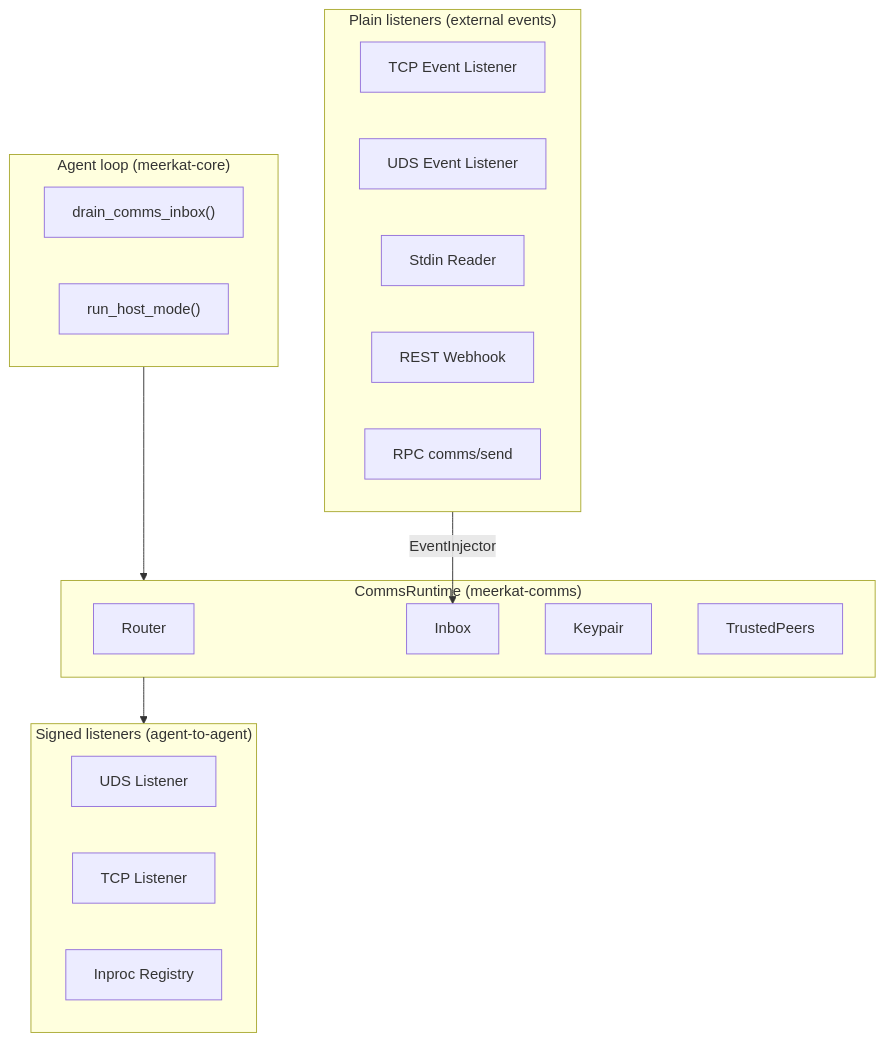
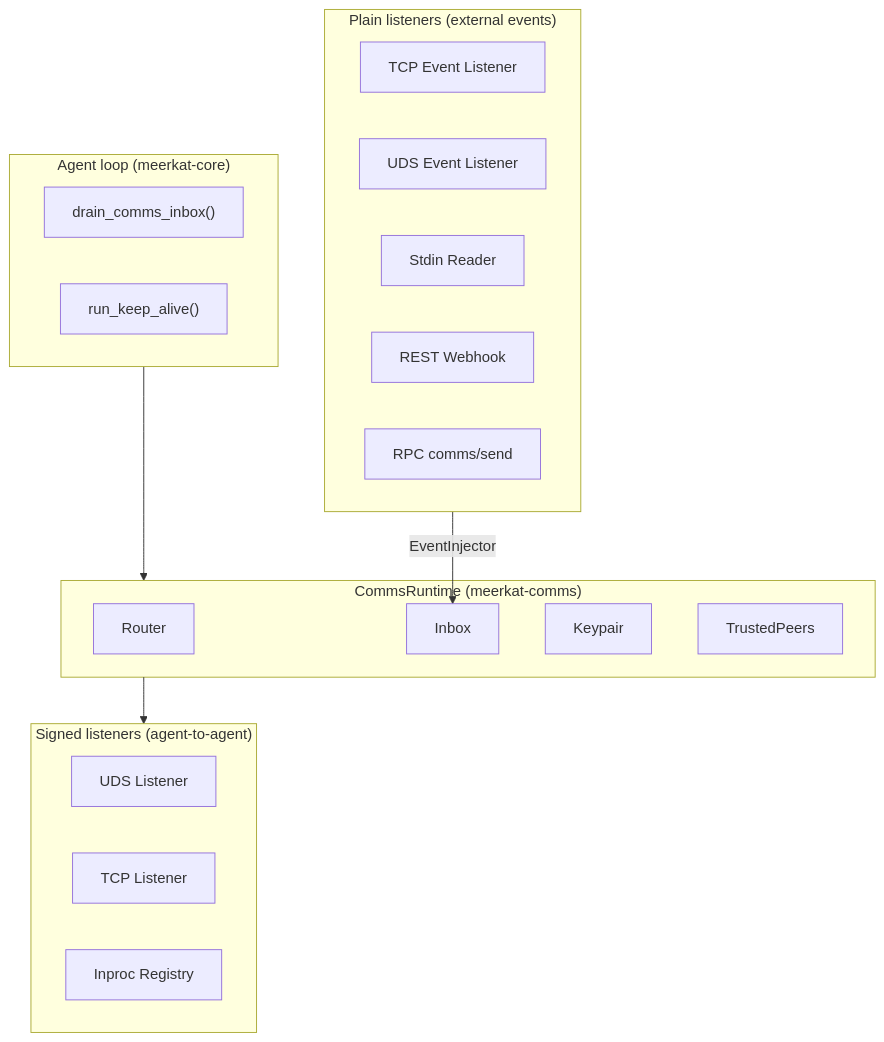
One commit to lukacf/meerkat changed the diagram in docs/guides/comms.mdx. Above: the diagram before and after it, drawn with Mermaid. The commit also changed other lines of this file and 41 other files, not shown here.

First line of the commit message:
Complete host_mode → keep_alive rename across SDKs, docs, examples, codegen

````diff
--- a/docs/guides/comms.mdx
+++ b/docs/guides/comms.mdx
@@ -28,33 +28,33 @@
 ```mermaid
 graph TD
     subgraph agent["Agent loop (meerkat-core)"]
         DRAIN["drain_comms_inbox()"]
-        HOST["run_host_mode()"]
+        HOST["run_keep_alive()"]
     end
 
     subgraph runtime["CommsRuntime (meerkat-comms)"]
         ROUTER["Router"]
         INBOX["Inbox"]
         KP["Keypair"]
         TP["TrustedPeers"]
     end
 
     agent --> runtime
 
     subgraph signed["Signed listeners (agent-to-agent)"]
         UDS["UDS Listener"]
         TCP["TCP Listener"]
         INPROC["Inproc Registry"]
     end
 
     subgraph plain["Plain listeners (external events)"]
         PTCP["TCP Event Listener"]
         PUDS["UDS Event Listener"]
         STDIN["Stdin Reader"]
         WEBHOOK["REST Webhook"]
         RPC_EVT["RPC comms/send"]
     end
 
     runtime --> signed
     plain -->|"EventInjector"| INBOX
 ```
````
